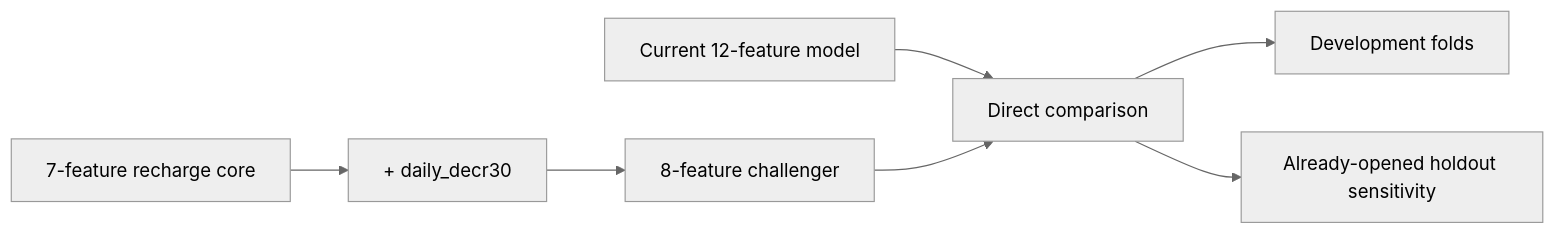
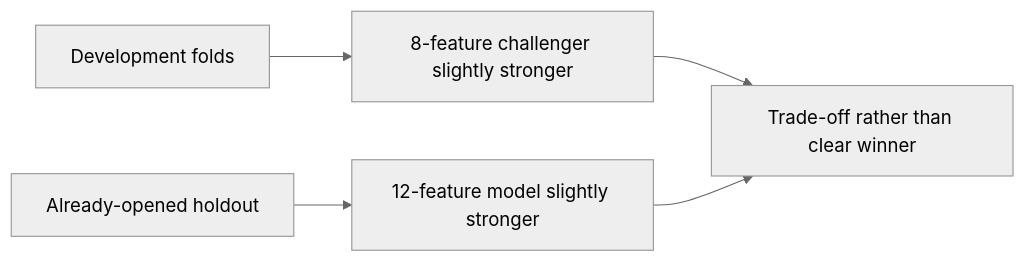
The tenth of 10 diagrams in docs/model-documentation/module4_experiment_record.md (Oyd72/telecom-delinquency-capstone), drawn with Mermaid (neutral theme) before and after one commit. The commit also changed other lines of this file, not shown here.

Commit message:
Record direct 8-vs-12 comparison results

````diff
--- a/docs/model-documentation/module4_experiment_record.md
+++ b/docs/model-documentation/module4_experiment_record.md
@@ -1075,9 +1091,7 @@
 ```mermaid
 flowchart LR
-    A[7-feature recharge core] --> B[+ daily_decr30]
-    B --> C[8-feature challenger]
-    D[Current 12-feature model] --> E[Direct comparison]
-    C --> E
-    E --> F[Development folds]
-    E --> G[Already-opened holdout sensitivity]
+    A[Development folds] --> B[8-feature challenger slightly stronger]
+    C[Already-opened holdout] --> D[12-feature model slightly stronger]
+    B --> E[Trade-off rather than clear winner]
+    D --> E
 ```
````
